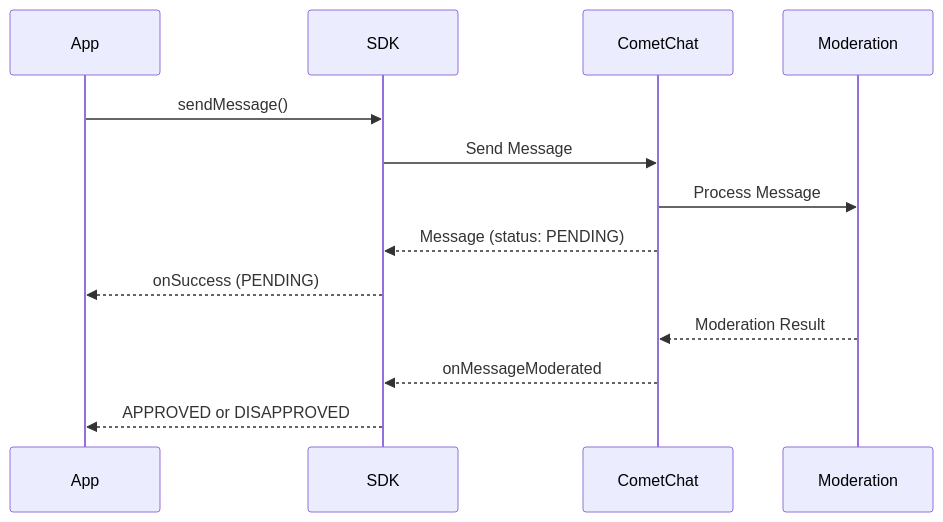
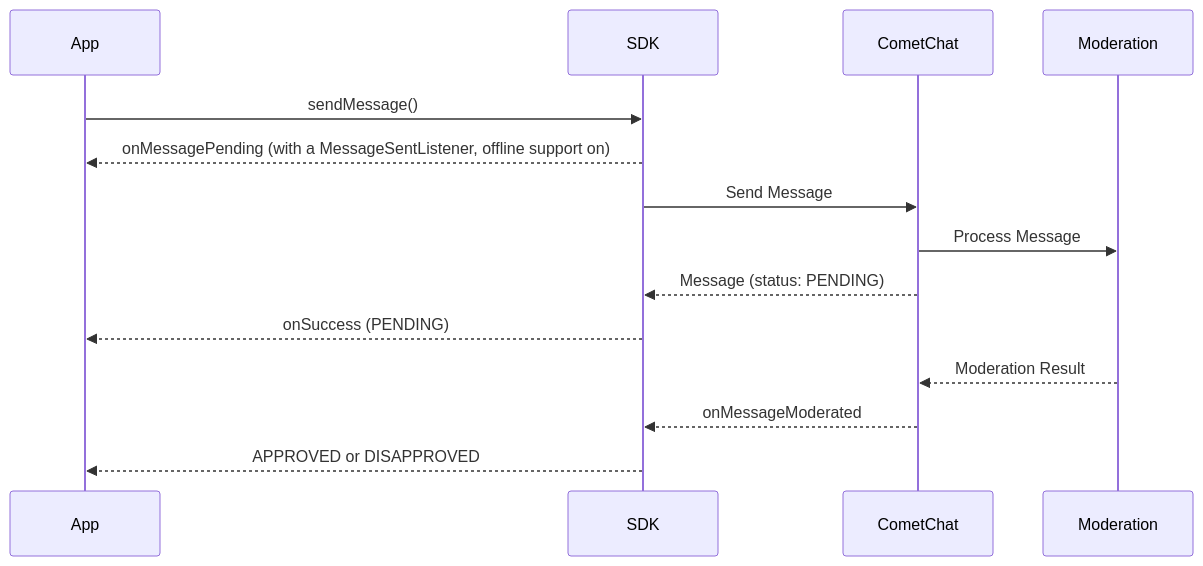
The diagram in sdk/flutter/ai-moderation.mdx (cometchat/docs), drawn with Mermaid before and after one commit. The commit also changed other lines of this file and 41 other files, not shown here.

First line of the commit message:
docs(flutter): offline support for Flutter SDK 5.1.0

````diff
--- a/sdk/flutter/ai-moderation.mdx
+++ b/sdk/flutter/ai-moderation.mdx
@@ -40,16 +42,17 @@
 ```mermaid
 sequenceDiagram
     participant App
     participant SDK
     participant CometChat
     participant Moderation
 
     App->>SDK: sendMessage()
+    SDK-->>App: onMessagePending (with a MessageSentListener, offline support on)
     SDK->>CometChat: Send Message
     CometChat->>Moderation: Process Message
     CometChat-->>SDK: Message (status: PENDING)
     SDK-->>App: onSuccess (PENDING)
     Moderation-->>CometChat: Moderation Result
     CometChat-->>SDK: onMessageModerated
     SDK-->>App: APPROVED or DISAPPROVED
 ```
````
